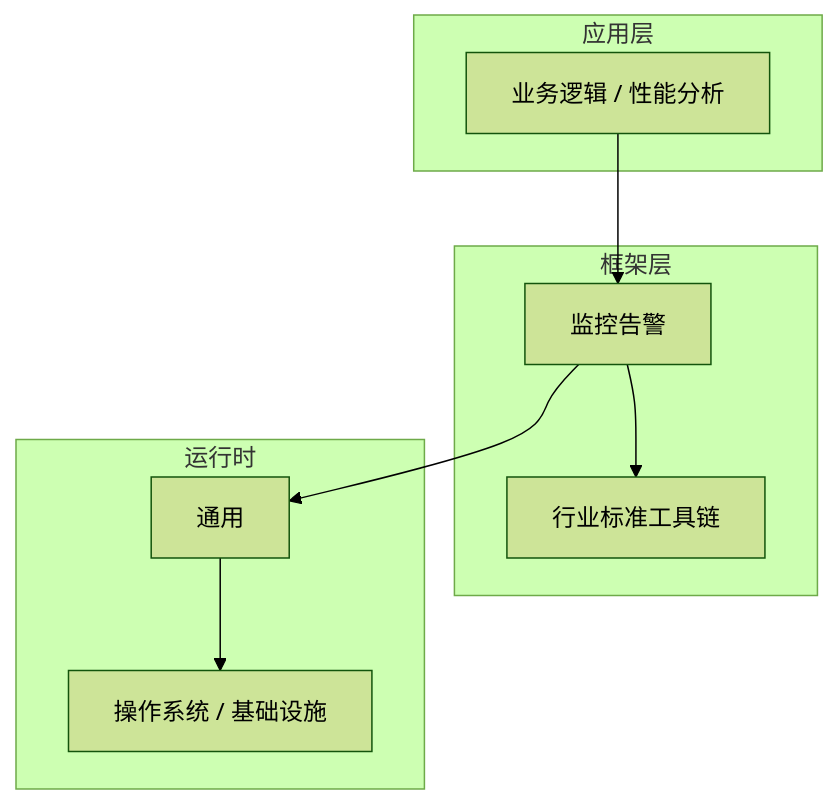
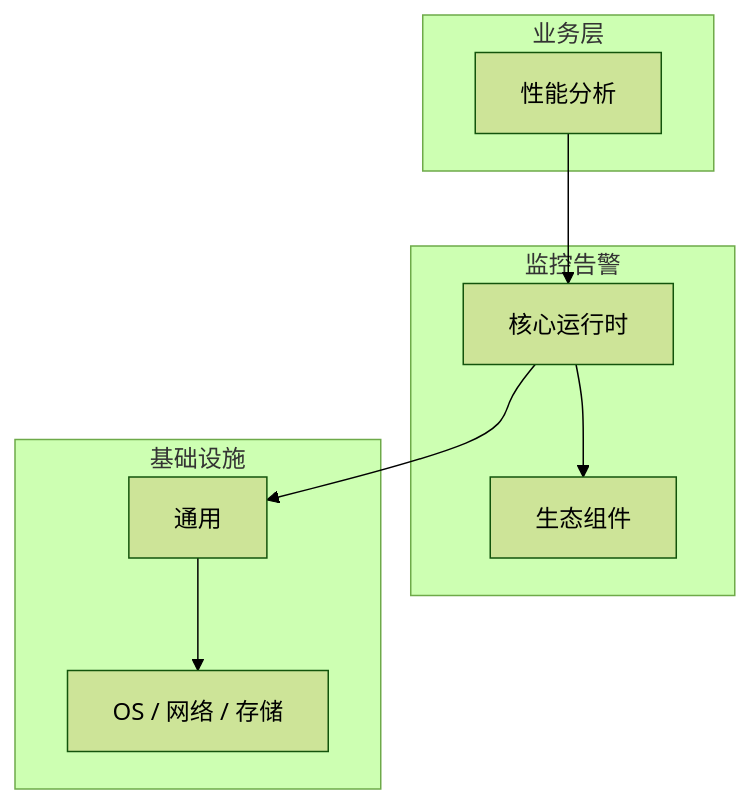
The diagram in articles/监控告警/chapters/071-性能分析核心概念与原理.md (yanggan2015/knowledge-json-v2), drawn with Mermaid (forest theme) before and after one commit. The commit also changed other lines of this file and 10127 other files, not shown here.

````diff
--- a/articles/监控告警/chapters/071-性能分析核心概念与原理.md
+++ b/articles/监控告警/chapters/071-性能分析核心概念与原理.md
@@ -45,18 +34,18 @@
 ```mermaid
 graph TB
-    subgraph 应用层
-        A[业务逻辑 / 性能分析]
+    subgraph 业务层
+        A[性能分析]
     end
-    subgraph 框架层
-        B[监控告警]
-        C[行业标准工具链]
+    subgraph 监控告警
+        B[核心运行时]
+        C[生态组件]
     end
-    subgraph 运行时
+    subgraph 基础设施
         D[通用]
-        E[操作系统 / 基础设施]
+        E[OS / 网络 / 存储]
     end
     A --> B
     B --> C
     B --> D
     D --> E
 ```
````
